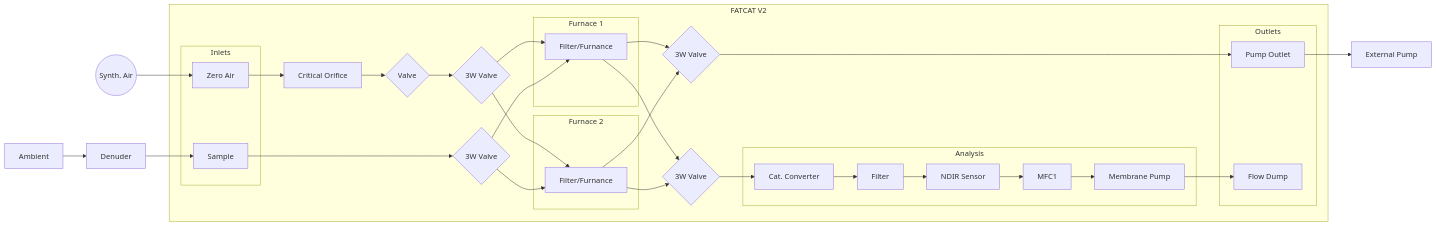
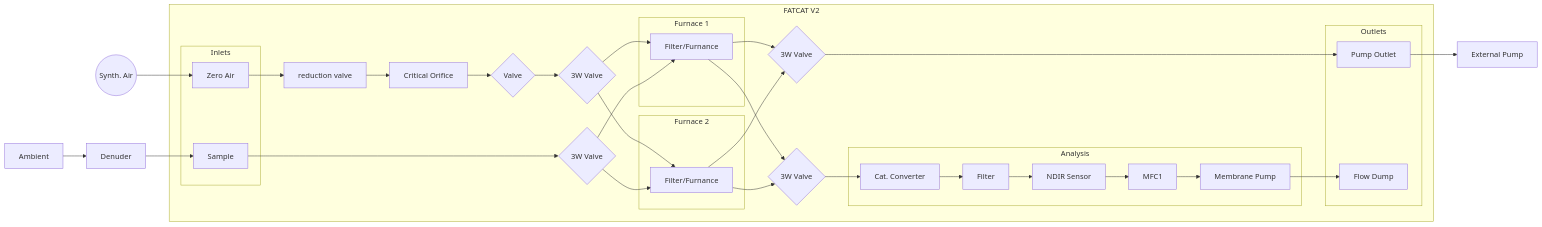
The diagram in docu/mermaid.md (alejandrokeller/FATCAT-Scripts), drawn with Mermaid before and after one commit.

````diff
--- a/docu/mermaid.md
+++ b/docu/mermaid.md
@@ -3,54 +3,56 @@
 ```mermaid
 graph LR
    subgraph FATCAT V2
          subgraph Inlets
                   Zero[Zero Air]
                   Sample
                   end
          subgraph Outlets
                   PO[Pump Outlet]
                   FD[Flow Dump]
                   end
          subgraph Furnace 1
                   F1[Filter/Furnance]
                   end
          subgraph Furnace 2
                   F2[Filter/Furnance]
                   end
          subgraph Analysis
                   Cat[Cat. Converter]
                   F3[Filter]
                   CO2[NDIR Sensor]
                   MFC1
                   IP[Membrane Pump]
                   Cat --> F3
                   F3 --> CO2
                   CO2 --> MFC1
                   MFC1 --> IP
                   end
          SV{3W Valve}
+         RV[reduction valve]
          CO[Critical Orifice]
          VZ{Valve}
          ZV{3W Valve}
-         Zero --> CO
+         Zero --> RV
+         RV --> CO
          CO --> VZ
          VZ --> ZV
          Sample --> SV
          ZV --> F1
          ZV --> F2
          SV --> F1
          SV --> F2
          AV{3W Valve} --> Cat
          F1 --> AV
          F2 --> AV
          IP --> FD
          F1 --> SV2
          F2 --> SV2
          SV2{3W Valve}
          SV2 --> PO
    end
 D((Synth. Air)) --> Zero
 A[Ambient] --> Denuder
 Denuder --> Sample
 PO --> Pump[External Pump]
 ```
````
